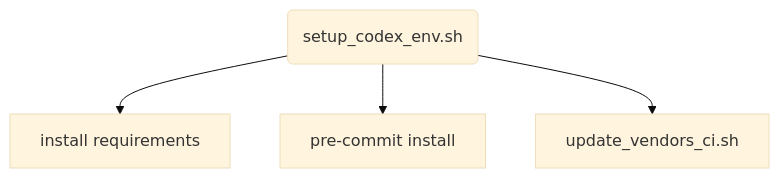
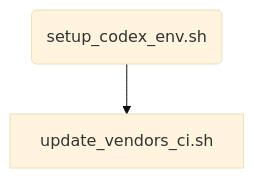
The diagram in doc/scripts/setup_codex_env.md (Freddyslim/frappe_app_template), drawn with Mermaid (base theme) before and after one commit. The commit also changed other lines of this file and 2 other files, not shown here.

Commit message:
Simplify setup script

````diff
--- a/doc/scripts/setup_codex_env.md
+++ b/doc/scripts/setup_codex_env.md
@@ -5,6 +5,4 @@
 ```mermaid
 flowchart TD
-    setup(setup_codex_env.sh) --> deps[install requirements]
-    setup --> hooks[pre-commit install]
-    setup --> update[update_vendors_ci.sh]
+    setup(setup_codex_env.sh) --> update[update_vendors_ci.sh]
 ```
````
